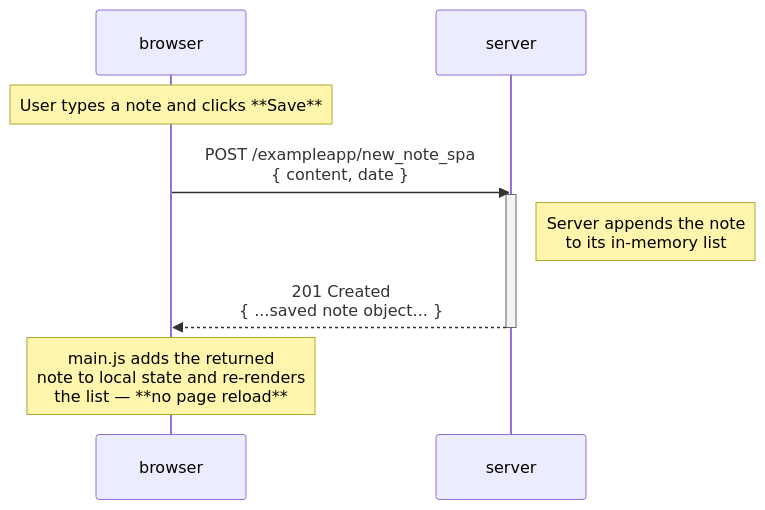
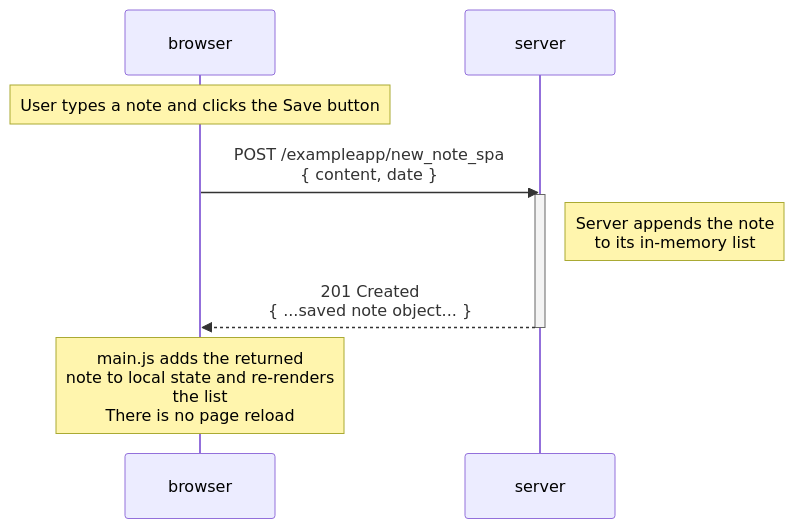
The diagram in ex0.6_diagrams.md (shermszz/FullStackOpen), drawn with Mermaid before and after one commit. The commit also changed 1 other file, not shown here.

Commit message:
updated ex0.5 ex0.6

````diff
--- a/ex0.6_diagrams.md
+++ b/ex0.6_diagrams.md
@@ -1,19 +1,19 @@
 ```mermaid
 sequenceDiagram
     participant browser
     participant server
 
     %% USER ACTION
-    Note over browser: User types a note and clicks **Save**
+    Note over browser: User types a note and clicks the Save button
 
     %% 1 – AJAX POST FROM SPA
     browser->>server: POST /exampleapp/new_note_spa<br/>{ content, date }
     activate server
     Note right of server: Server appends the note<br/>to its in-memory list
     server-->>browser: 201 Created<br/>{ ...saved note object... }
     deactivate server
 
     %% 2 – CLIENT-SIDE UPDATE
-    Note over browser: main.js adds the returned<br/>note to local state and re-renders<br/>the list — **no page reload**
+    Note over browser: main.js adds the returned<br/>note to local state and re-renders<br/>the list <br/> There is no page reload
 
 ```
````
